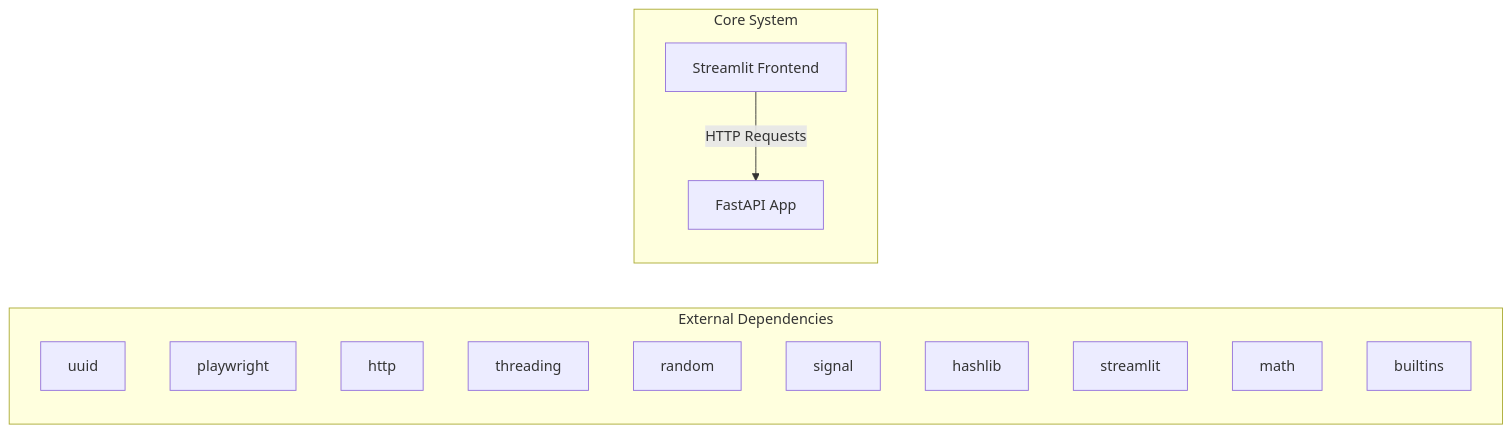
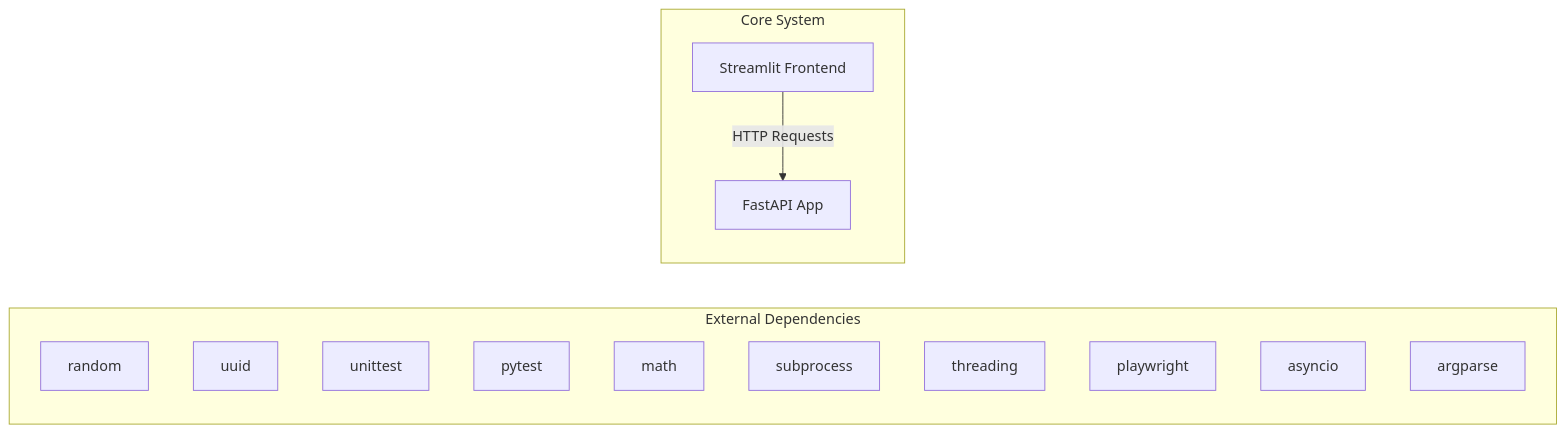
One commit to NITISH-R-G/rag-context-optimizer changed the first of 2 diagrams in docs/architecture.md. Above: the diagram before and after it, drawn with Mermaid. The commit also changed 1 other file, not shown here.

Commit message:
docs: auto-update repository knowledge, architecture diagrams, and documentation

````diff
--- a/docs/architecture.md
+++ b/docs/architecture.md
@@ -7,20 +7,20 @@
 ```mermaid
 graph LR
     subgraph External Dependencies
-        E0["uuid"]
-        E1["playwright"]
-        E2["http"]
-        E3["threading"]
-        E4["random"]
-        E5["signal"]
-        E6["hashlib"]
-        E7["streamlit"]
-        E8["math"]
-        E9["builtins"]
+        E0["random"]
+        E1["uuid"]
+        E2["unittest"]
+        E3["pytest"]
+        E4["math"]
+        E5["subprocess"]
+        E6["threading"]
+        E7["playwright"]
+        E8["asyncio"]
+        E9["argparse"]
     end
     subgraph Core System
         API["FastAPI App"]
         UI["Streamlit Frontend"]
     end
     UI -->|HTTP Requests| API
 ```
````
